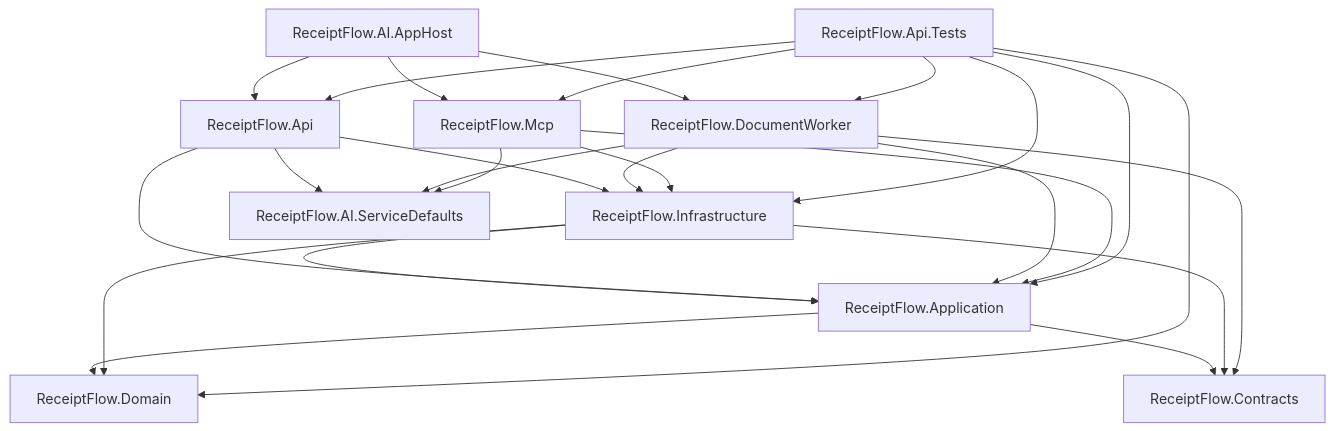
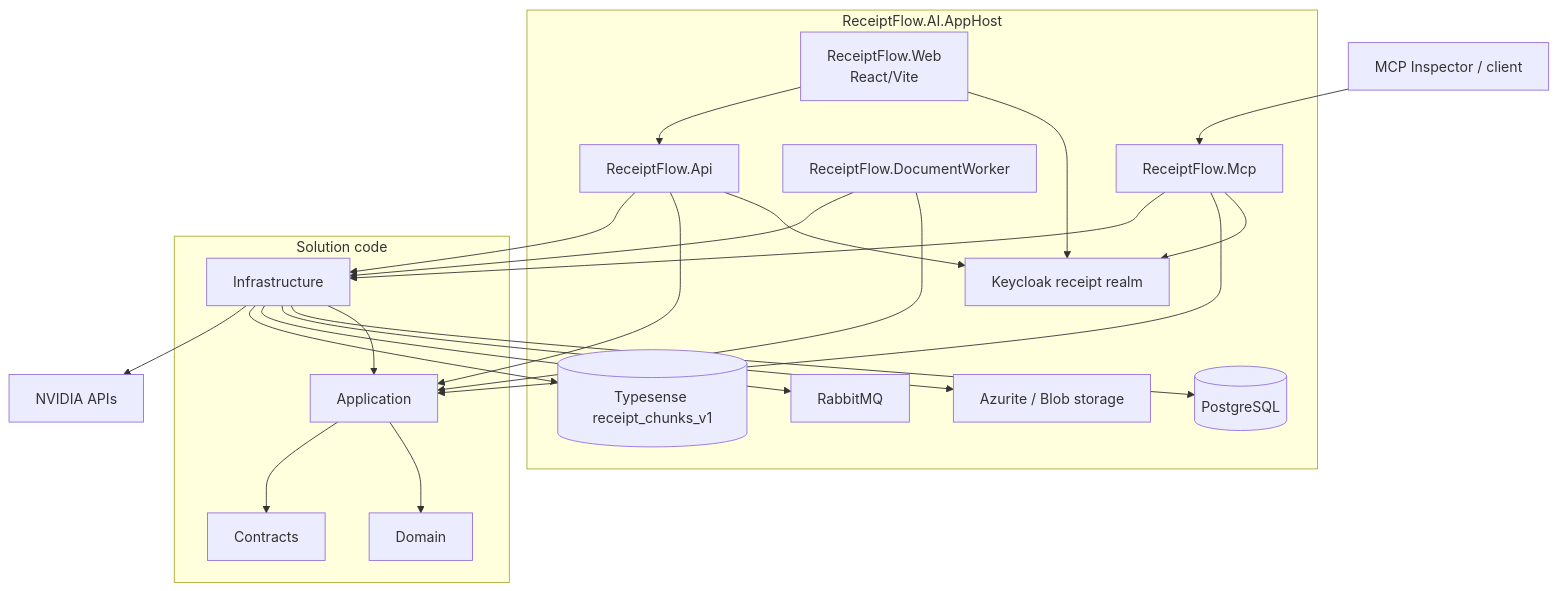
The first of 5 diagrams in docs/architecture.md (tonycruz-dev/receiptflow-ai), drawn with Mermaid before and after one commit. The commit also changed other lines of this file and 4 other files, not shown here.

Commit message:
docs: add architecture setup and demo documentation

````diff
--- a/docs/architecture.md
+++ b/docs/architecture.md
@@ -7,38 +23,44 @@
 ```mermaid
-flowchart TD
-  Domain[ReceiptFlow.Domain]
-  Contracts[ReceiptFlow.Contracts]
-  Application[ReceiptFlow.Application]
-  Infrastructure[ReceiptFlow.Infrastructure]
-  Api[ReceiptFlow.Api]
-  Worker[ReceiptFlow.DocumentWorker]
-  Mcp[ReceiptFlow.Mcp]
-  Defaults[ReceiptFlow.AI.ServiceDefaults]
-  AppHost[ReceiptFlow.AI.AppHost]
-  Tests[ReceiptFlow.Api.Tests]
+flowchart TB
+  subgraph AppHost["ReceiptFlow.AI.AppHost"]
+    Web["ReceiptFlow.Web<br/>React/Vite"]
+    Api["ReceiptFlow.Api"]
+    Worker["ReceiptFlow.DocumentWorker"]
+    Mcp["ReceiptFlow.Mcp"]
+    Keycloak["Keycloak receipt realm"]
+    Postgres[("PostgreSQL")]
+    Azurite["Azurite / Blob storage"]
+    RabbitMQ["RabbitMQ"]
+    Typesense[("Typesense receipt_chunks_v1")]
+  end
 
+  subgraph Code["Solution code"]
+    Domain["Domain"]
+    Application["Application"]
+    Infrastructure["Infrastructure"]
+    Contracts["Contracts"]
+  end
+
+  Nvidia["NVIDIA APIs"]
+  McpClient["MCP Inspector / client"]
+
+  Web --> Keycloak
+  Web --> Api
+  McpClient --> Mcp
+  Api --> Keycloak
+  Mcp --> Keycloak
+  Api --> Application
+  Worker --> Application
+  Mcp --> Application
   Application --> Domain
   Application --> Contracts
   Infrastructure --> Application
-  Infrastructure --> Domain
-  Infrastructure --> Contracts
-  Api --> Application
   Api --> Infrastructure
-  Api --> Defaults
-  Worker --> Application
   Worker --> Infrastructure
-  Worker --> Contracts
-  Worker --> Defaults
-  Mcp --> Application
   Mcp --> Infrastructure
-  Mcp --> Defaults
-  AppHost --> Api
-  AppHost --> Worker
-  AppHost --> Mcp
-  Tests --> Api
-  Tests --> Application
-  Tests --> Domain
-  Tests --> Infrastructure
-  Tests --> Worker
-  Tests --> Mcp
+  Infrastructure --> Postgres
+  Infrastructure --> Azurite
+  Infrastructure --> RabbitMQ
+  Infrastructure --> Typesense
+  Infrastructure --> Nvidia
 ```
````
